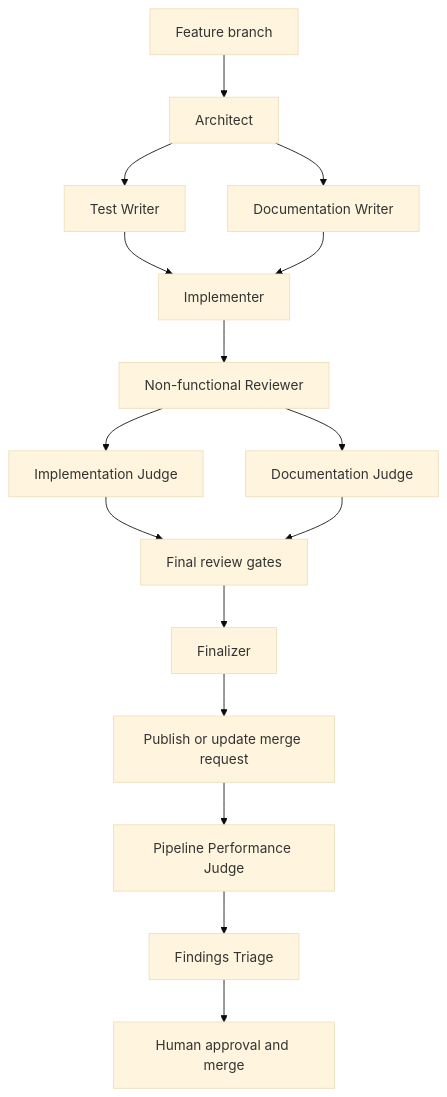
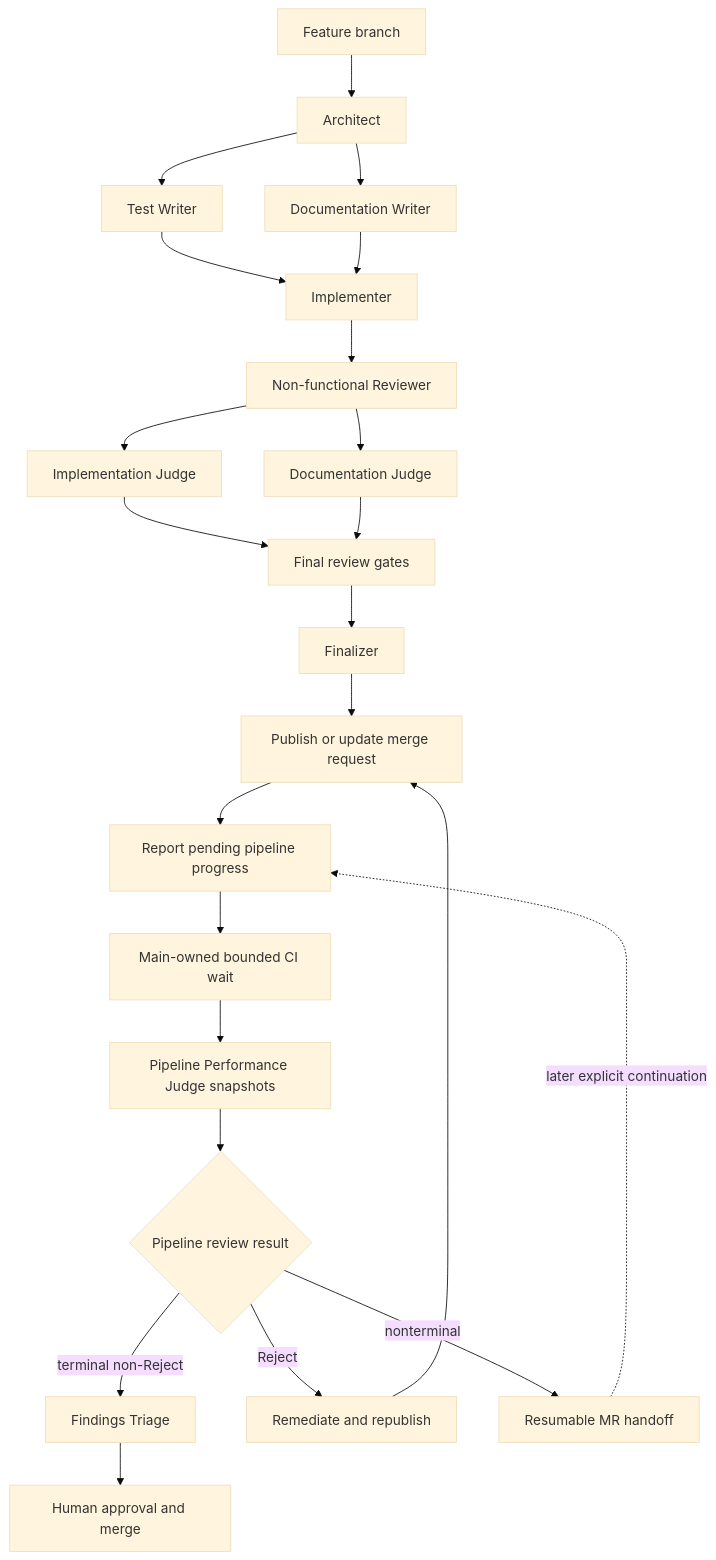
One commit to dfwguy/nvis-ova-agentic-copier changed the diagram in README.md. Above: the diagram before and after it, drawn with Mermaid (base theme). The commit also changed other lines of this file and 15 other files, not shown here.

Commit message:
Wait for terminal MR pipeline review

````diff
--- a/README.md
+++ b/README.md
@@ -76,18 +76,25 @@
 ```mermaid
 flowchart TD
     branch[Feature branch] --> architect[Architect]
     architect --> tests[Test Writer]
     architect --> docs[Documentation Writer]
     tests --> implementer[Implementer]
     docs --> implementer
     implementer --> nonfunctional[Non-functional Reviewer]
     nonfunctional --> implementation[Implementation Judge]
     nonfunctional --> documentation[Documentation Judge]
     implementation --> final_gates[Final review gates]
     documentation --> final_gates
     final_gates --> finalizer[Finalizer]
     finalizer --> mr[Publish or update merge request]
-    mr --> performance[Pipeline Performance Judge]
-    performance --> triage[Findings Triage]
+    mr --> pending[Report pending pipeline progress]
+    pending --> wait[Main-owned bounded CI wait]
+    wait --> performance[Pipeline Performance Judge snapshots]
+    performance --> verdict{Pipeline review result}
+    verdict -->|terminal non-Reject| triage[Findings Triage]
+    verdict -->|Reject| remediate[Remediate and republish]
+    remediate --> mr
+    verdict -->|nonterminal| resume[Resumable MR handoff]
+    resume -. later explicit continuation .-> pending
     triage --> human[Human approval and merge]
 ```
````
